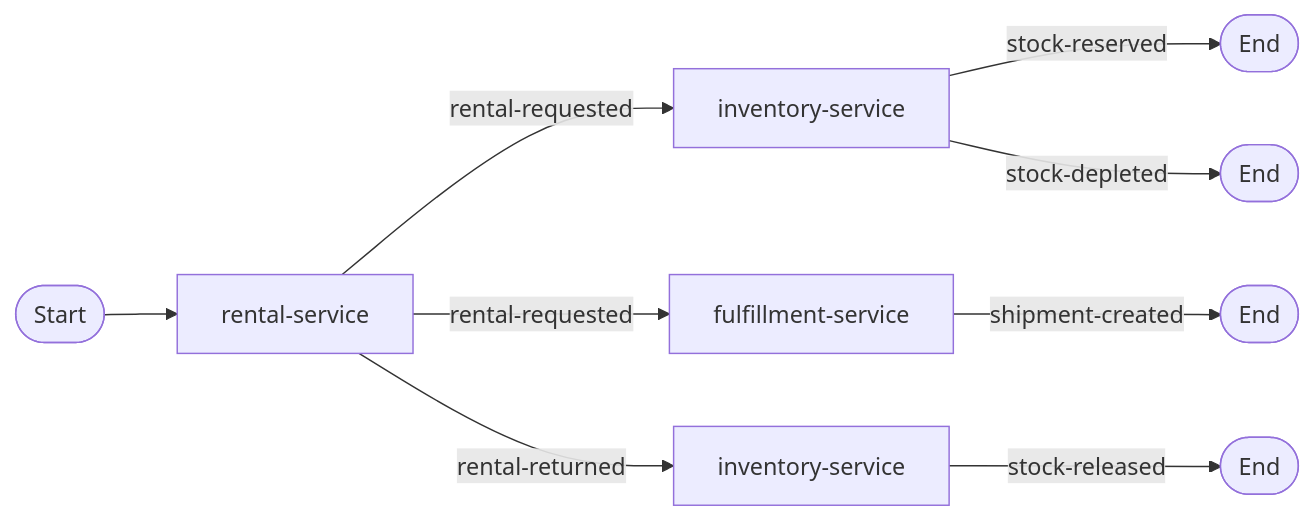
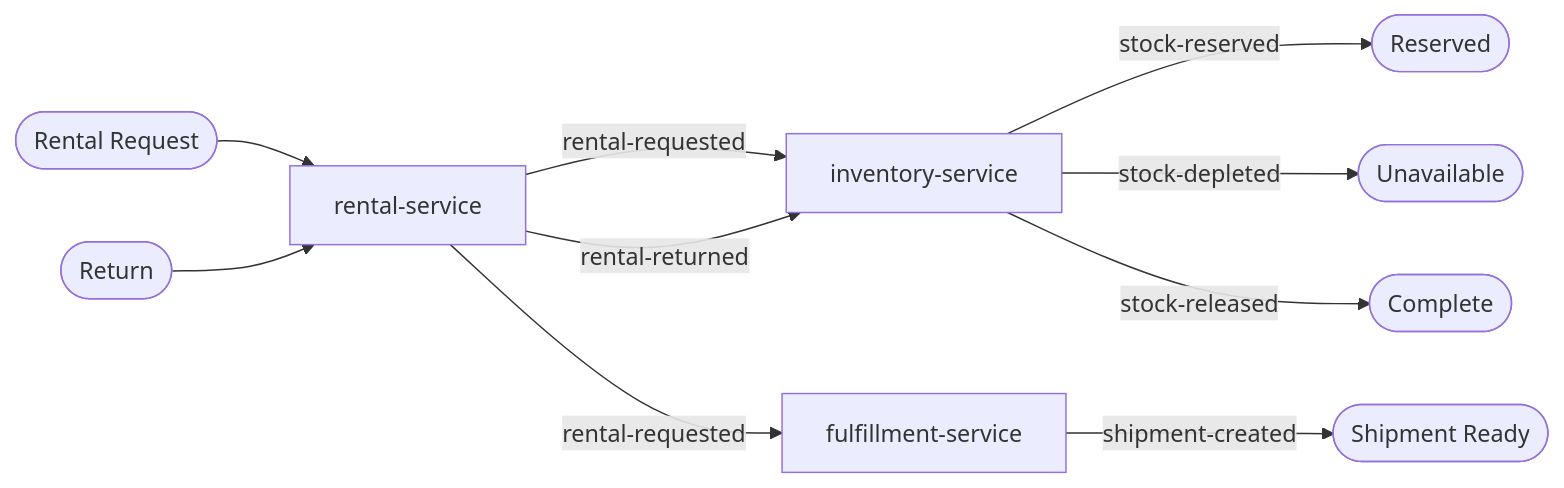
The diagram in examples/domains/equipment-rental/README.md (filozofira/spas), drawn with Mermaid before and after one commit. The commit also changed 216 other files, not shown here.

````diff
--- a/examples/domains/equipment-rental/README.md
+++ b/examples/domains/equipment-rental/README.md
@@ -3,11 +3,13 @@
 ```mermaid
 flowchart LR
-    Start([Start]) --> RS[rental-service]
+    Start([Rental Request]) --> RS[rental-service]
     RS -->|rental-requested| IS[inventory-service]
     RS -->|rental-requested| FS[fulfillment-service]
-    IS -->|stock-reserved| End1([End])
-    IS -->|stock-depleted| End2([End])
-    FS -->|shipment-created| End3([End])
-    RS -->|rental-returned| IS2[inventory-service]
-    IS2 -->|stock-released| End4([End])
+    IS -->|stock-reserved| End1([Reserved])
+    IS -->|stock-depleted| End2([Unavailable])
+    FS -->|shipment-created| End3([Shipment Ready])
+    
+    Return([Return]) --> RS
+    RS -->|rental-returned| IS
+    IS -->|stock-released| End4([Complete])
 ```
````
